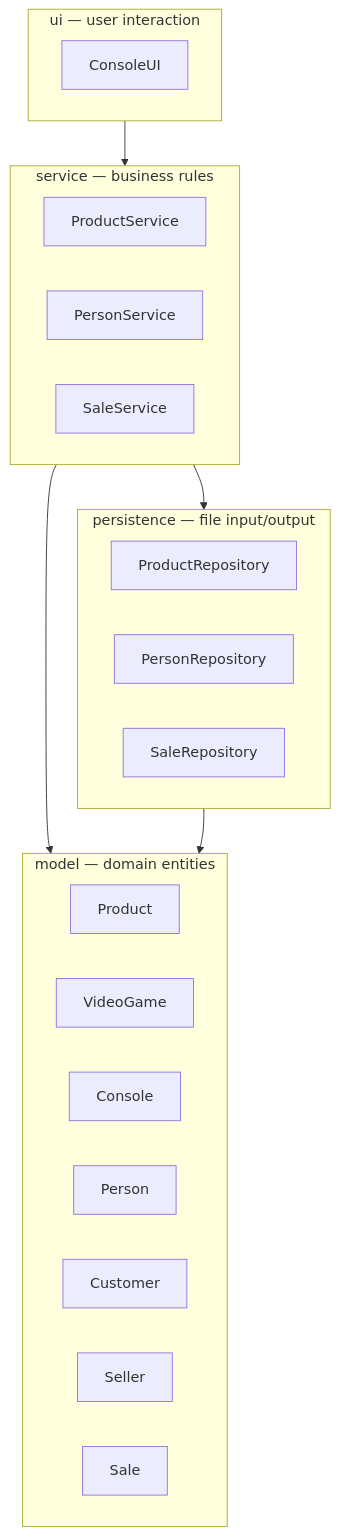
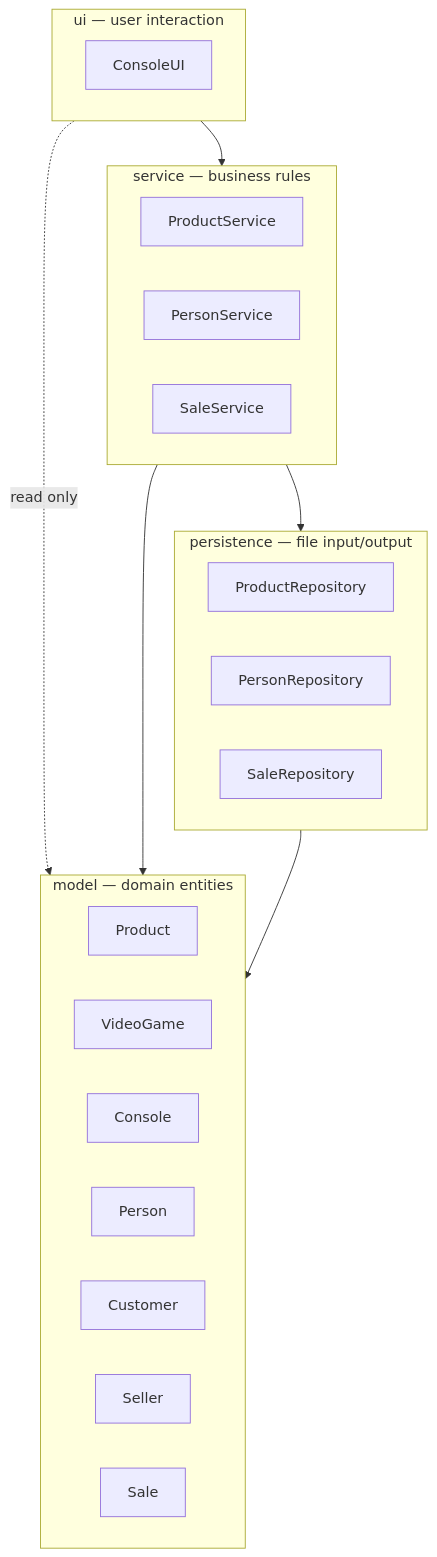
The diagram in docs/layers-diagram.md (iceledon/Gamezone-inova), drawn with Mermaid before and after one commit. The commit also changed other lines of this file, not shown here.

Commit message:
docs: fix layer diagram to match the console dependencies

````diff
--- a/docs/layers-diagram.md
+++ b/docs/layers-diagram.md
@@ -6,30 +6,31 @@
 ```mermaid
 flowchart TD
     subgraph UI["ui — user interaction"]
         ConsoleUI
     end
     subgraph SERVICE["service — business rules"]
         ProductService
         PersonService
         SaleService
     end
     subgraph PERSISTENCE["persistence — file input/output"]
         ProductRepository
         PersonRepository
         SaleRepository
     end
     subgraph MODEL["model — domain entities"]
         Product
         VideoGame
         Console
         Person
         Customer
         Seller
         Sale
     end
 
     UI --> SERVICE
+    UI -.->|read only| MODEL
     SERVICE --> PERSISTENCE
     SERVICE --> MODEL
     PERSISTENCE --> MODEL
 ```
````
